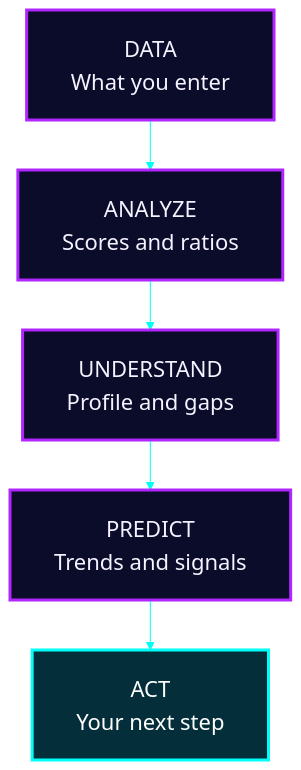
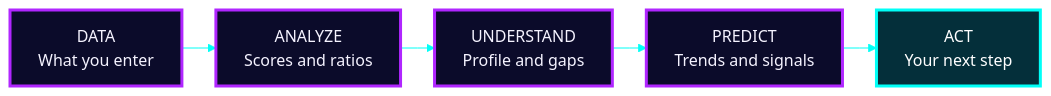
One commit to Mansi232323/MANSHORA changed the first of 17 diagrams in README.md. Above: the diagram before and after it, drawn with Mermaid. The commit also changed other lines of this file, not shown here.

````diff
--- a/README.md
+++ b/README.md
@@ -63,12 +63,12 @@
 ```mermaid
-%%{init: {'theme':'base','themeVariables':{'fontSize':'22px','fontFamily':'Arial, Helvetica, sans-serif','primaryColor':'#0b0b2a','primaryTextColor':'#f5f3ff','primaryBorderColor':'#b026ff','lineColor':'#00fff7','textColor':'#f5f3ff','edgeLabelBackground':'#0b0b2a'},'flowchart':{'htmlLabels':false,'nodeSpacing':40,'rankSpacing':50,'padding':22,'curve':'linear'}}}%%
-flowchart TD
+%%{init: {'theme':'base','themeVariables':{'fontSize':'16px','fontFamily':'Arial, Helvetica, sans-serif','primaryColor':'#0b0b2a','primaryTextColor':'#f5f3ff','primaryBorderColor':'#b026ff','lineColor':'#00fff7','textColor':'#f5f3ff','edgeLabelBackground':'#0b0b2a'},'flowchart':{'htmlLabels':false,'nodeSpacing':28,'rankSpacing':34,'padding':14,'curve':'linear'}}}%%
+flowchart LR
     A["DATA<br/>What you enter"] --> B["ANALYZE<br/>Scores and ratios"]
     B --> C["UNDERSTAND<br/>Profile and gaps"]
     C --> D["PREDICT<br/>Trends and signals"]
     D --> E["ACT<br/>Your next step"]
     classDef step fill:#0b0b2a,stroke:#b026ff,stroke-width:3px,color:#f5f3ff
     classDef goal fill:#042f3a,stroke:#00fff7,stroke-width:3px,color:#ffffff
     class A,B,C,D step
     class E goal
 ```
````
